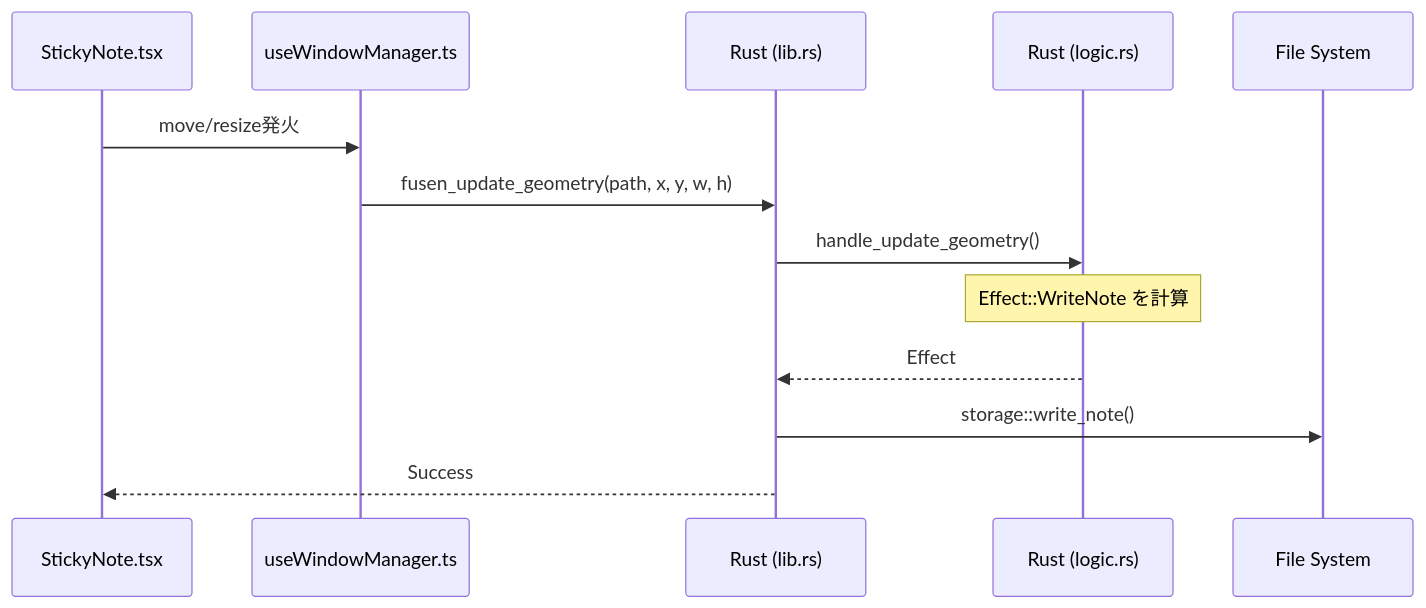
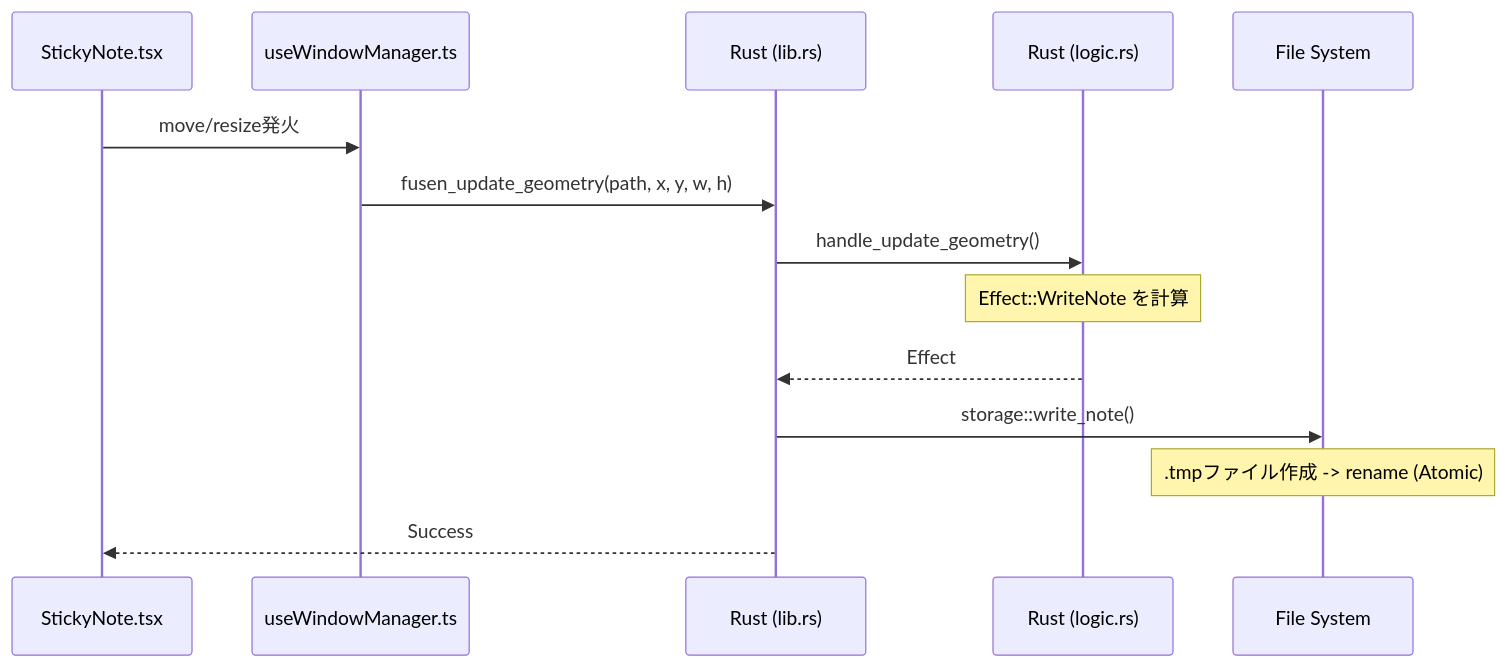
One commit to ore-no-fusen/ore-no-fusen changed the fourth of 5 diagrams in docs/ARCHITECTURE_DESIGN_v1.1.md. Above: the diagram before and after it, drawn with Mermaid. The commit also changed other lines of this file and 2 other files, not shown here.

Commit message:
chore: add .gitattributes (enforce LF), add ARCHITECTURE_DESIGN v1.1 and assets

````diff
--- a/docs/ARCHITECTURE_DESIGN_v1.1.md
+++ b/docs/ARCHITECTURE_DESIGN_v1.1.md
@@ -157,16 +161,17 @@
 ```mermaid
 sequenceDiagram
     participant UI as StickyNote.tsx
     participant Hooks as useWindowManager.ts
     participant Rust as Rust (lib.rs)
     participant Logic as Rust (logic.rs)
     participant FS as File System
 
     UI->>Hooks: move/resize発火
     Hooks->>Rust: fusen_update_geometry(path, x, y, w, h)
     Rust->>Logic: handle_update_geometry()
     Note over Logic: Effect::WriteNote を計算
     Logic-->>Rust: Effect
     Rust->>FS: storage::write_note()
+    Note over FS: .tmpファイル作成 -> rename (Atomic)
     Rust-->>UI: Success
 ```
````
